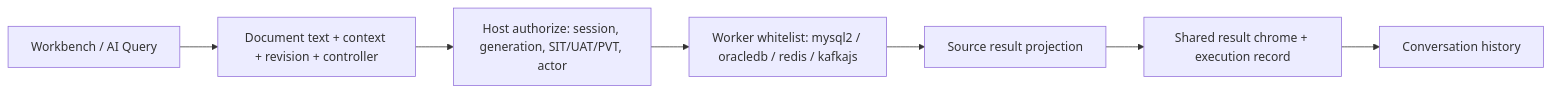
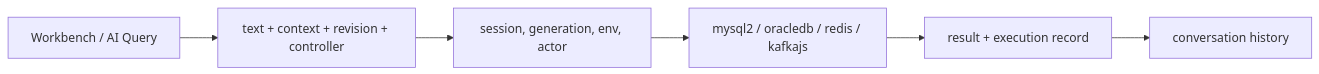
Before and after one commit to zhuoxiaoshuai/dsh-database: the diagram in README.md, drawn with Mermaid. The commit also changed other lines of this file and 1 other file, not shown here.

````diff
--- a/README.md
+++ b/README.md
@@ -319,9 +165,8 @@
 ```mermaid
 flowchart LR
-  UI["Workbench / AI Query"] --> Doc["Document text + context + revision + controller"]
-  Doc --> Auth["Host authorize: session, generation, SIT/UAT/PVT, actor"]
-  Auth --> Worker["Worker whitelist: mysql2 / oracledb / redis / kafkajs"]
-  Worker --> Proj["Source result projection"]
-  Proj --> Chrome["Shared result chrome + execution record"]
-  Chrome --> Hist["Conversation history"]
+  UI["Workbench / AI Query"] --> Doc["text + context + revision + controller"]
+  Doc --> Auth["session, generation, env, actor"]
+  Auth --> Worker["mysql2 / oracledb / redis / kafkajs"]
+  Worker --> Rec["result + execution record"]
+  Rec --> Hist["conversation history"]
 ```
````
